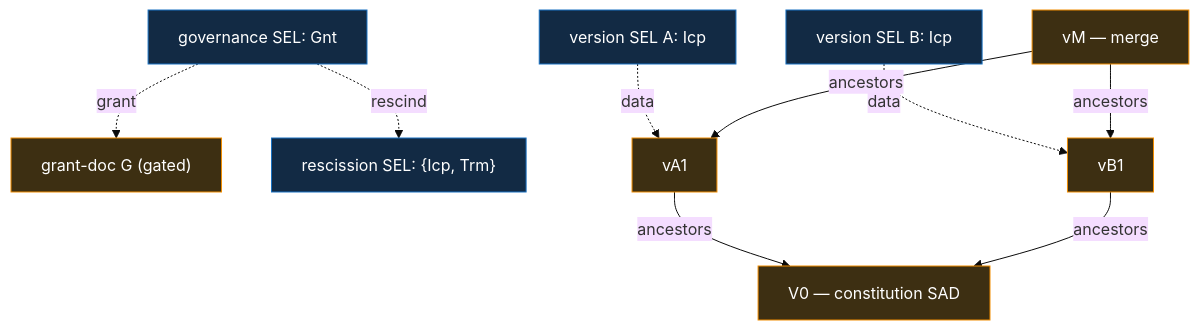
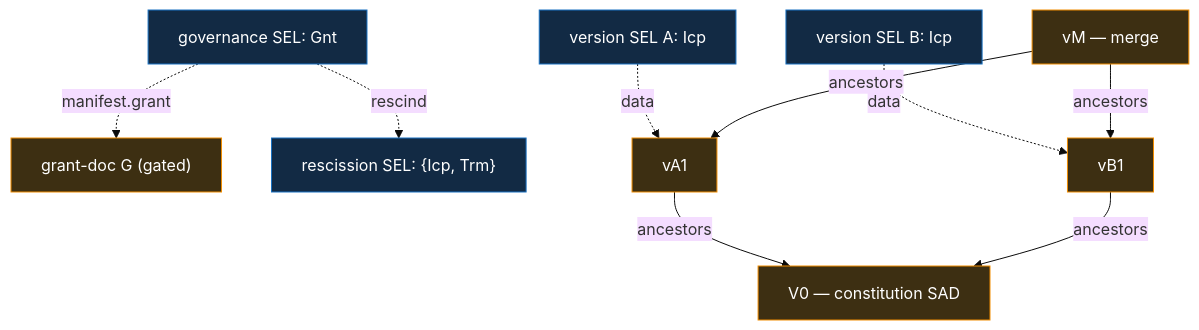
Before and after one commit to jasoncolburne/vdti: the diagram in docs/design/features/multi-party/documents.md, drawn with Mermaid (base theme). The commit also changed 5 other files, not shown here.

````diff
--- a/docs/design/features/multi-party/documents.md
+++ b/docs/design/features/multi-party/documents.md
@@ -25,22 +25,22 @@
 ```mermaid
 flowchart TB
   V0["V0 — constitution SAD"]:::doc
   gGnt["governance SEL: Gnt"]:::sel
   G["grant-doc G (gated)"]:::doc
   Resc["rescission SEL: {Icp, Trm}"]:::sel
   vA["version SEL A: Icp"]:::sel
   vB["version SEL B: Icp"]:::sel
   vA1["vA1"]:::doc
   vB1["vB1"]:::doc
   vM["vM — merge"]:::doc
-  gGnt -.->|grant| G
+  gGnt -.->|manifest.grant| G
   gGnt -. rescind .-> Resc
   vA -.->|data| vA1
   vB -.->|data| vB1
   vA1 -->|ancestors| V0
   vB1 -->|ancestors| V0
   vM -->|ancestors| vA1
   vM -->|ancestors| vB1
   classDef sel fill:#122a44,stroke:#1971c2,color:#fff
   classDef doc fill:#3d2f12,stroke:#f08c00,color:#fff
 ```
````
